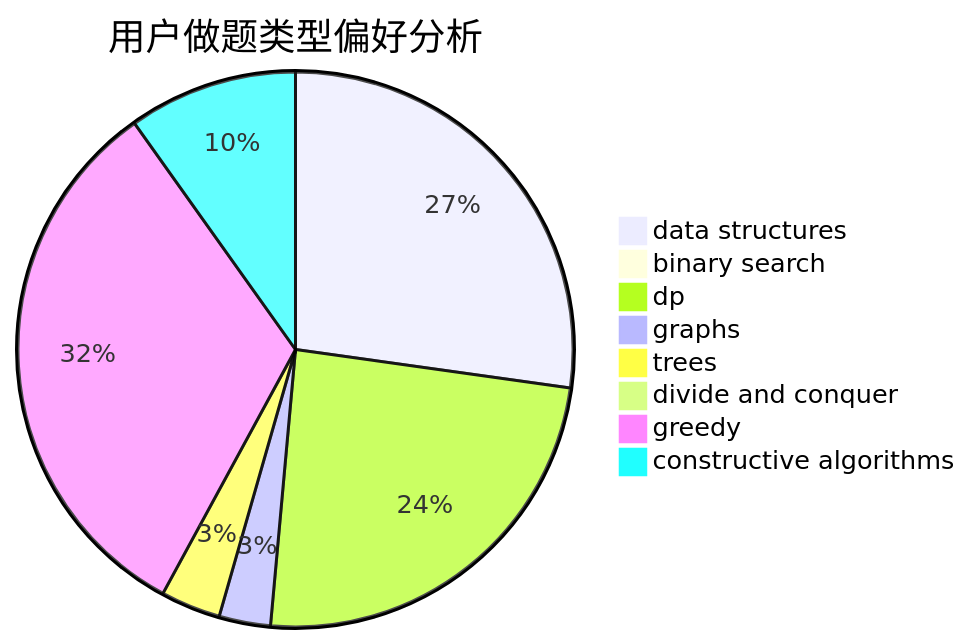
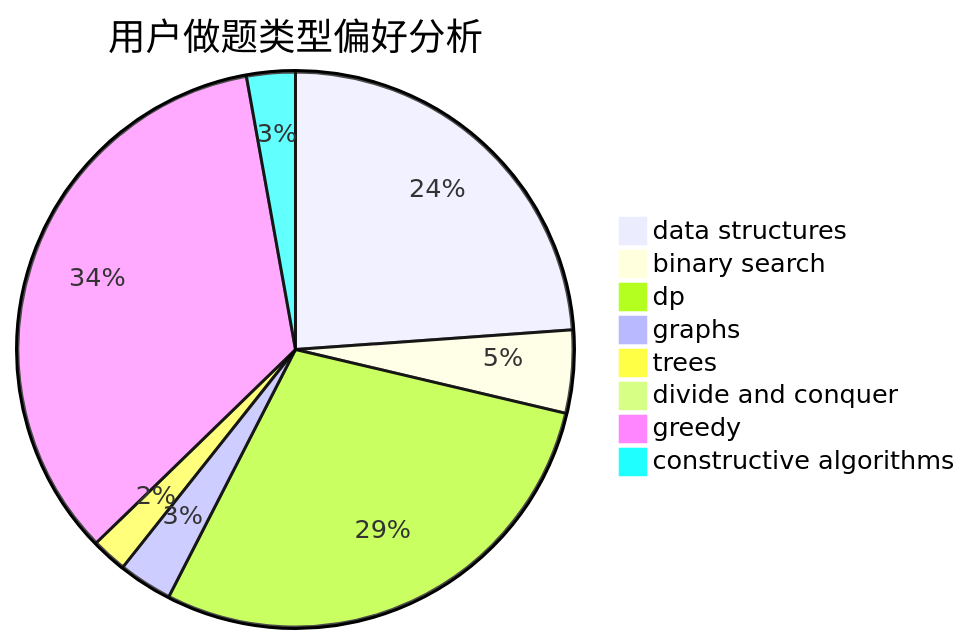
One commit to sherpahu/cfrs.github.io changed the second of 3 diagrams in docs/user/u1841.md. Above: the diagram before and after it, drawn with Mermaid. The commit also changed other lines of this file and 2770 other files, not shown here.

````diff
--- a/docs/user/u1841.md
+++ b/docs/user/u1841.md
@@ -23,11 +23,11 @@
 ```mermaid
 pie title 用户做题类型偏好分析
-    "data structures" :  445
-    "binary search" :  8
-    "dp" :  396
-    "graphs" :  49
-    "trees" :  57
+    "data structures" :  312
+    "binary search" :  63
+    "dp" :  377
+    "graphs" :  41
+    "trees" :  27
     "divide and conquer" :  8
-    "greedy" :  527
-    "constructive algorithms" :  161
+    "greedy" :  450
+    "constructive algorithms" :  37
 ```
````
